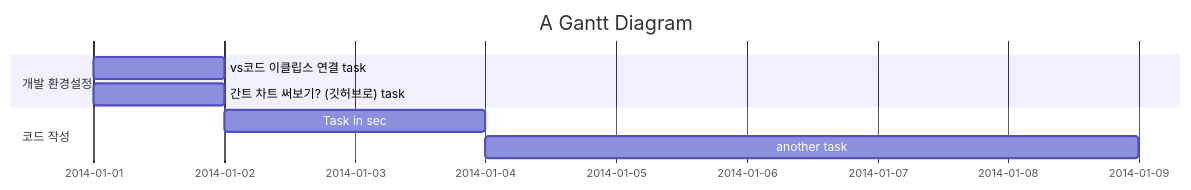
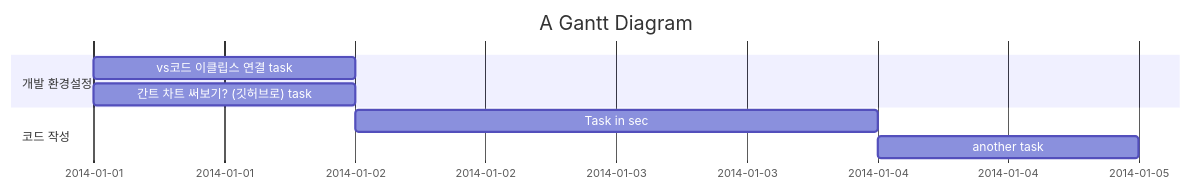
The diagram in README.md (UDONGSALI/Toy-Project), drawn with Mermaid before and after one commit.

````diff
--- a/README.md
+++ b/README.md
@@ -1,11 +1,11 @@
 ```mermaid
 gantt
     title A Gantt Diagram
     dateFormat  YYYY-MM-DD
     section 개발 환경설정
     vs코드 이클립스 연결 task           :a1, 2014-01-01, 1d
     간트 차트 써보기? (깃허브로) task     :a1, 2014-01-01, 1d
     section 코드 작성
     Task in sec      :2014-01-02  , 2d
-    another task      : 5d
+    another task      : 1d
 ```
````
